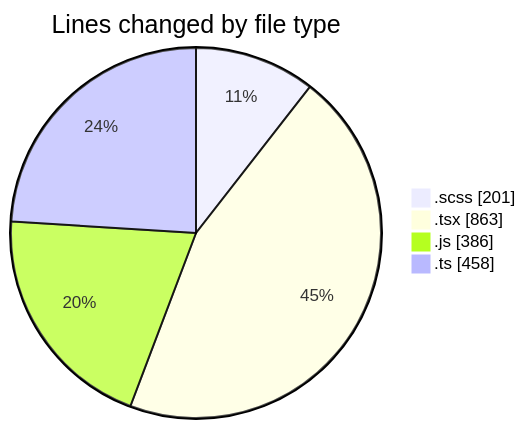
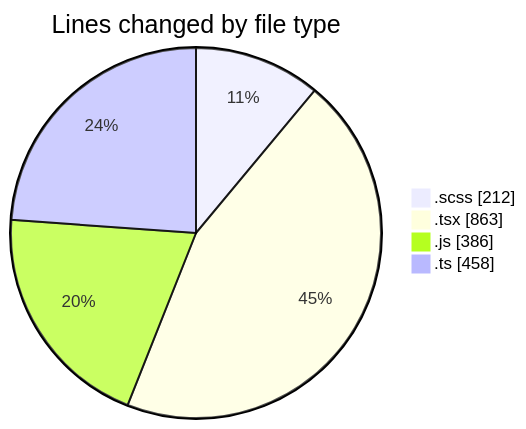
One commit to momahboobian/code-tracking changed the first of 2 diagrams in 2025-03-14/cda/README.md. Above: the diagram before and after it, drawn with Mermaid. The commit also changed other lines of this file and 1 other file, not shown here.

````diff
--- a/2025-03-14/cda/README.md
+++ b/2025-03-14/cda/README.md
@@ -34,8 +34,8 @@
 ```mermaid
 pie showData
 title Lines changed by file type
-".scss" : 201
+".scss" : 212
 ".tsx" : 863
 ".js" : 386
 ".ts" : 458
 ```
````
